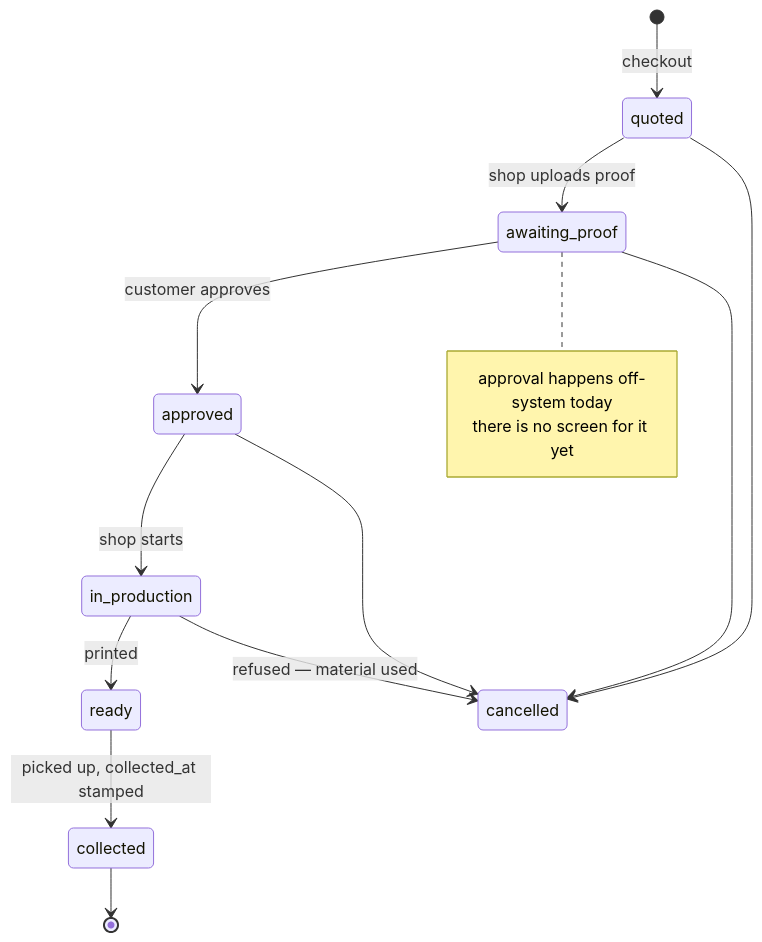
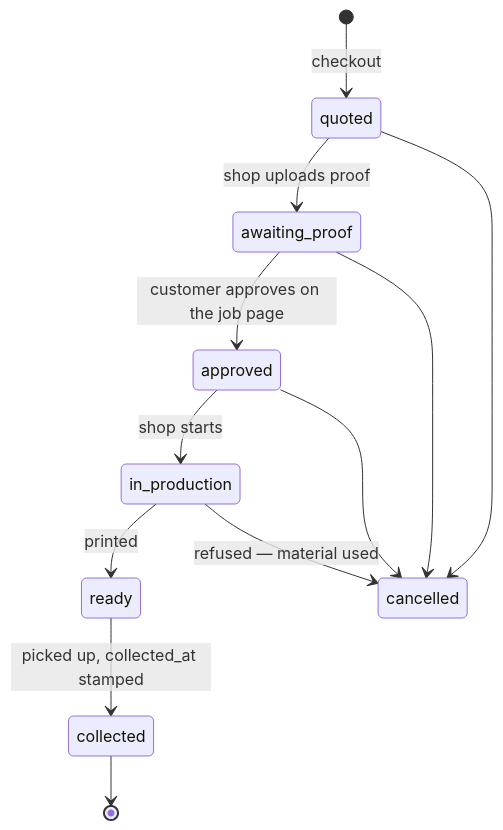
The sixth of 7 diagrams in docs/ARCHITECTURE.md (pasinosvictorianodyanna-hub/TarpaLink), drawn with Mermaid before and after one commit. The commit also changed other lines of this file and 48 other files, not shown here.

````diff
--- a/docs/ARCHITECTURE.md
+++ b/docs/ARCHITECTURE.md
@@ -212,19 +214,15 @@
 ```mermaid
 stateDiagram-v2
     [*] --> quoted: checkout
     quoted --> awaiting_proof: shop uploads proof
-    awaiting_proof --> approved: customer approves
-    note right of awaiting_proof
-        approval happens off-system today
-        there is no screen for it yet
-    end note
+    awaiting_proof --> approved: customer approves on the job page
     approved --> in_production: shop starts
     in_production --> ready: printed
     ready --> collected: picked up, collected_at stamped
     collected --> [*]
 
     quoted --> cancelled
     awaiting_proof --> cancelled
     approved --> cancelled
     in_production --> cancelled: refused — material used
 ```
````
